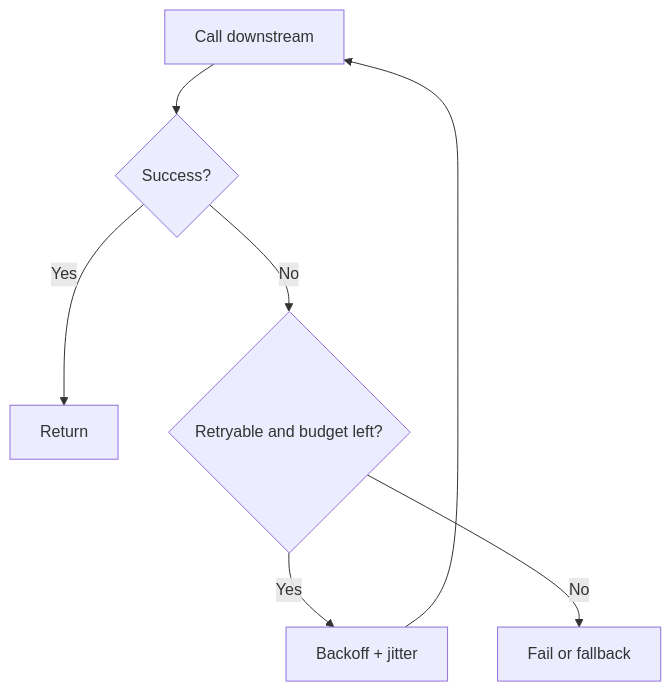
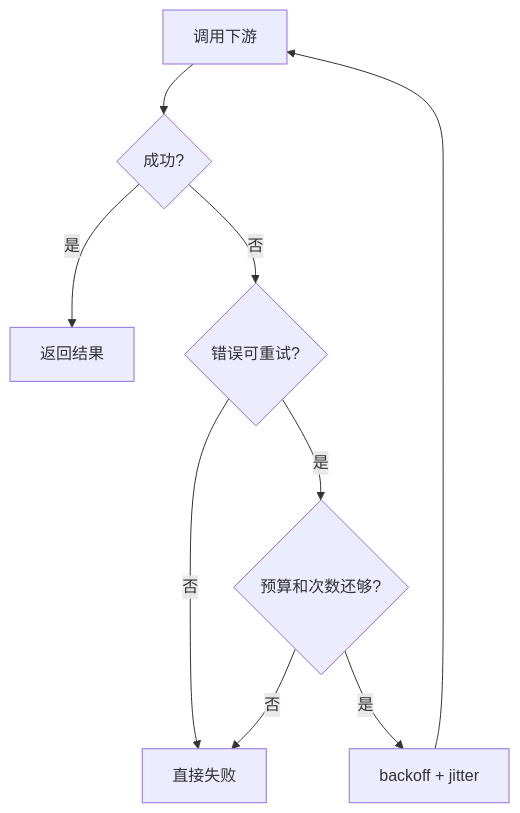
The first of 3 diagrams in docs/reliability/retry.md (AmazingCaddy/readings-backend), drawn with Mermaid before and after one commit. The commit also changed other lines of this file, not shown here.

````diff
--- a/docs/reliability/retry.md
+++ b/docs/reliability/retry.md
@@ -9,9 +12,11 @@
 ```mermaid
 flowchart TD
-    A[Call downstream] --> B{Success?}
-    B -->|Yes| C[Return]
-    B -->|No| D{Retryable and budget left?}
-    D -->|Yes| E[Backoff + jitter]
-    E --> A
-    D -->|No| F[Fail or fallback]
+    A[调用下游] --> B{成功?}
+    B -->|是| C[返回结果]
+    B -->|否| D{错误可重试?}
+    D -->|否| F[直接失败]
+    D -->|是| E{预算和次数还够?}
+    E -->|否| F
+    E -->|是| G[backoff + jitter]
+    G --> A
 ```
````
